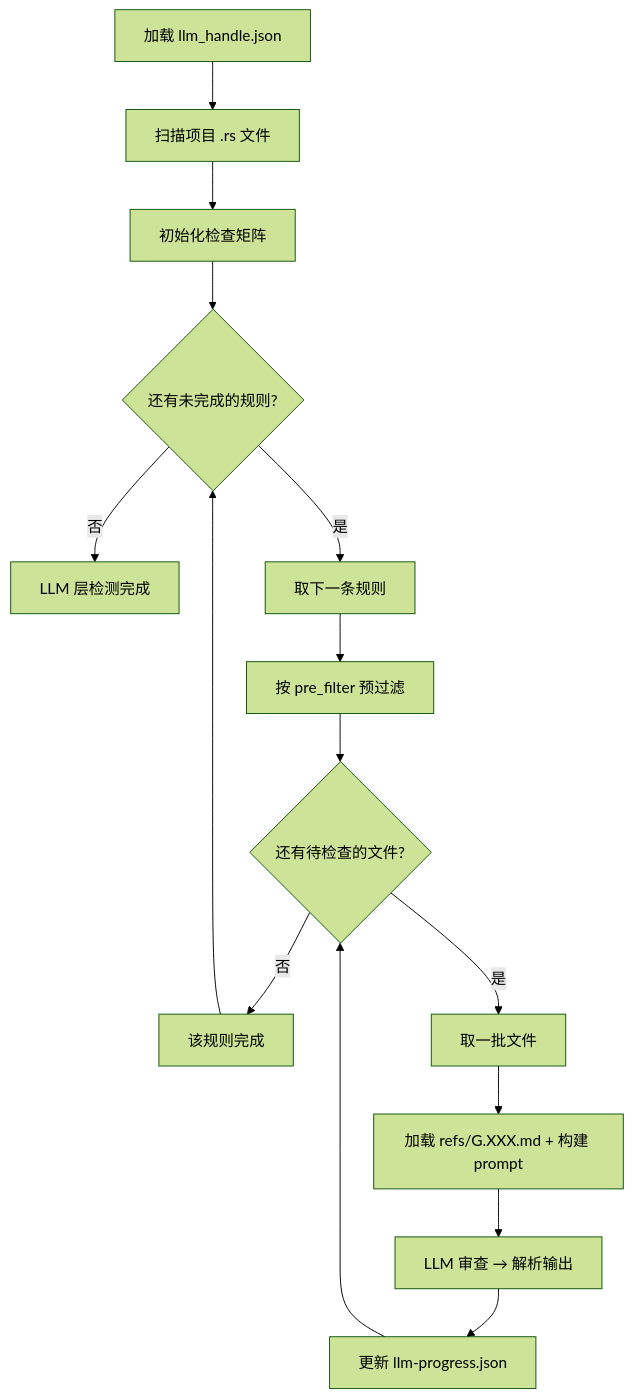
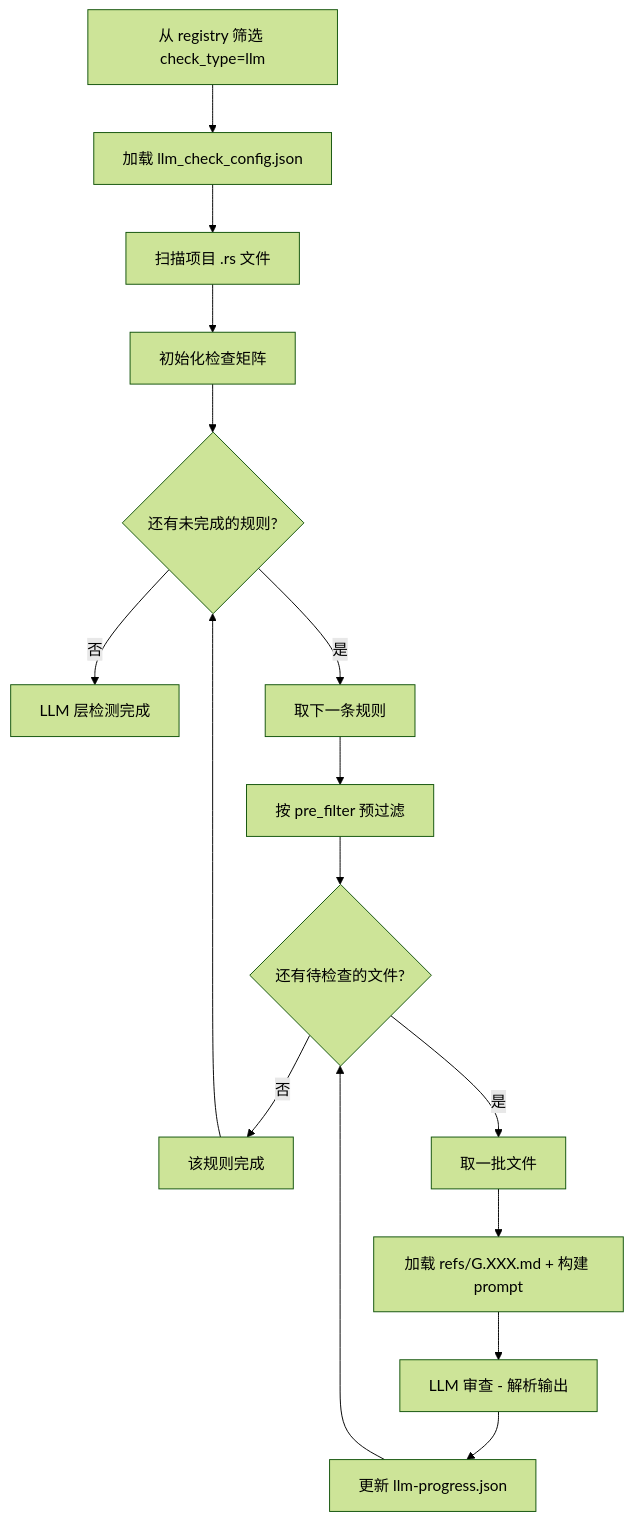
The third of 4 diagrams in plans/architecture.md (LeeLiangmin/rust-coding-guideline-skills), drawn with Mermaid (forest theme) before and after one commit. The commit also changed other lines of this file and 10 other files, not shown here.

````diff
--- a/plans/architecture.md
+++ b/plans/architecture.md
@@ -243,17 +291,18 @@
 ```mermaid
 flowchart TD
-    A[加载 llm_handle.json] --> B[扫描项目 .rs 文件]
+    A[从 registry 筛选 check_type=llm] --> A1[加载 llm_check_config.json]
+    A1 --> B[扫描项目 .rs 文件]
     B --> C[初始化检查矩阵]
     C --> D{还有未完成的规则?}
     D -->|否| E[LLM 层检测完成]
     D -->|是| F[取下一条规则]
     F --> G[按 pre_filter 预过滤]
     G --> H{还有待检查的文件?}
     H -->|否| I[该规则完成]
     H -->|是| J[取一批文件]
     J --> K[加载 refs/G.XXX.md + 构建 prompt]
-    K --> L[LLM 审查 → 解析输出]
+    K --> L[LLM 审查 - 解析输出]
     L --> M[更新 llm-progress.json]
     M --> H
     I --> D
 ```
````
